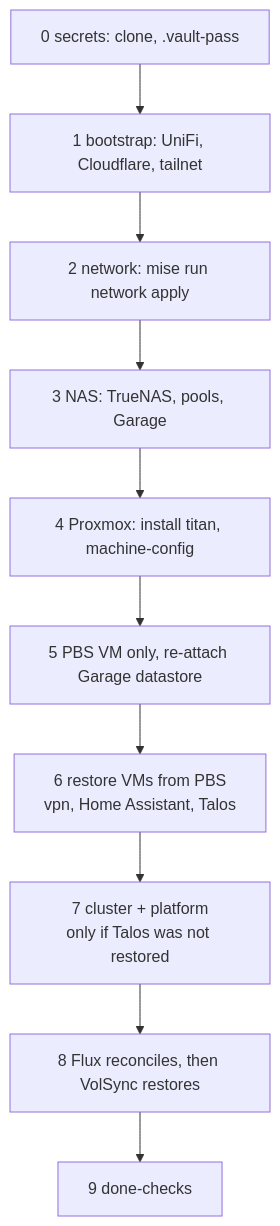
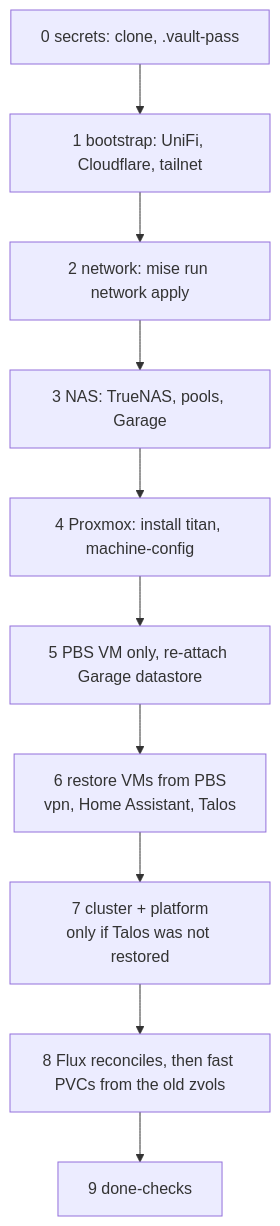
The diagram in docs/src/recover-from-zero.md (Sojamann/homelab), drawn with Mermaid before and after one commit. The commit also changed other lines of this file and 29 other files, not shown here.

Commit message:
feat(backups): replace VolSync with NAS ZFS snapshots and replication

````diff
--- a/docs/src/recover-from-zero.md
+++ b/docs/src/recover-from-zero.md
@@ -36,12 +36,12 @@
 ```mermaid
 graph TD
   S0["0 secrets: clone, .vault-pass"] --> S1["1 bootstrap: UniFi, Cloudflare, tailnet"]
   S1 --> S2["2 network: mise run network apply"]
   S2 --> S3["3 NAS: TrueNAS, pools, Garage"]
   S3 --> S4["4 Proxmox: install titan, machine-config"]
   S4 --> S5["5 PBS VM only, re-attach Garage datastore"]
   S5 --> S6["6 restore VMs from PBS<br/>vpn, Home Assistant, Talos"]
   S6 --> S7["7 cluster + platform<br/>only if Talos was not restored"]
-  S7 --> S8["8 Flux reconciles, then VolSync restores"]
+  S7 --> S8["8 Flux reconciles, then fast PVCs from the old zvols"]
   S8 --> S9["9 done-checks"]
 ```
````
